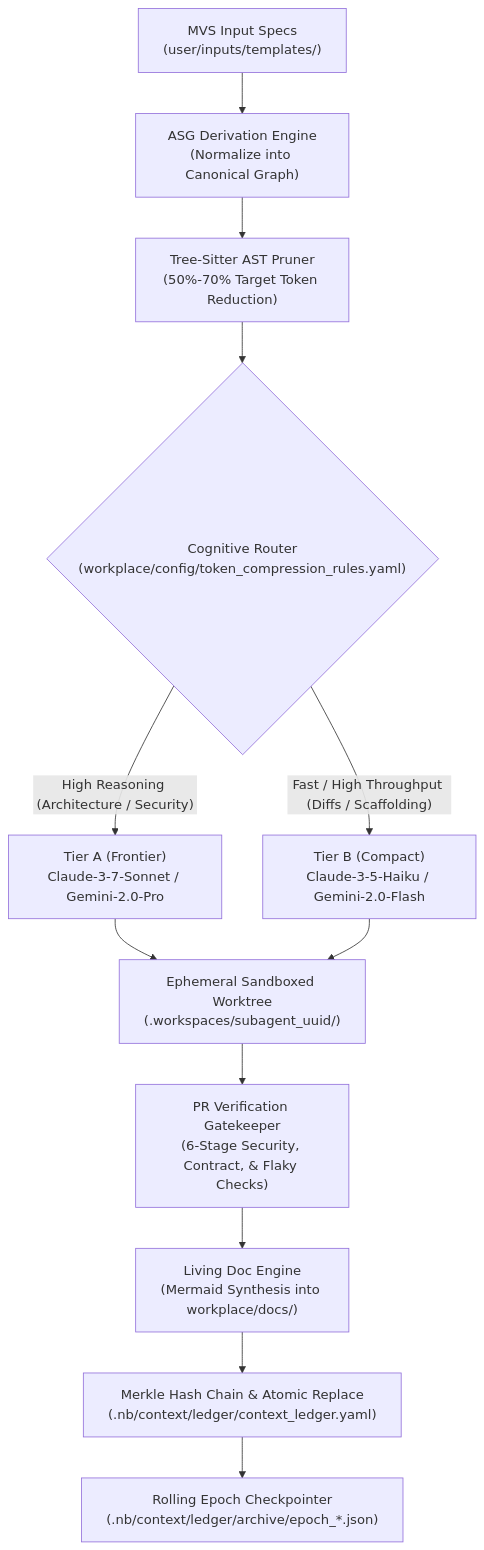
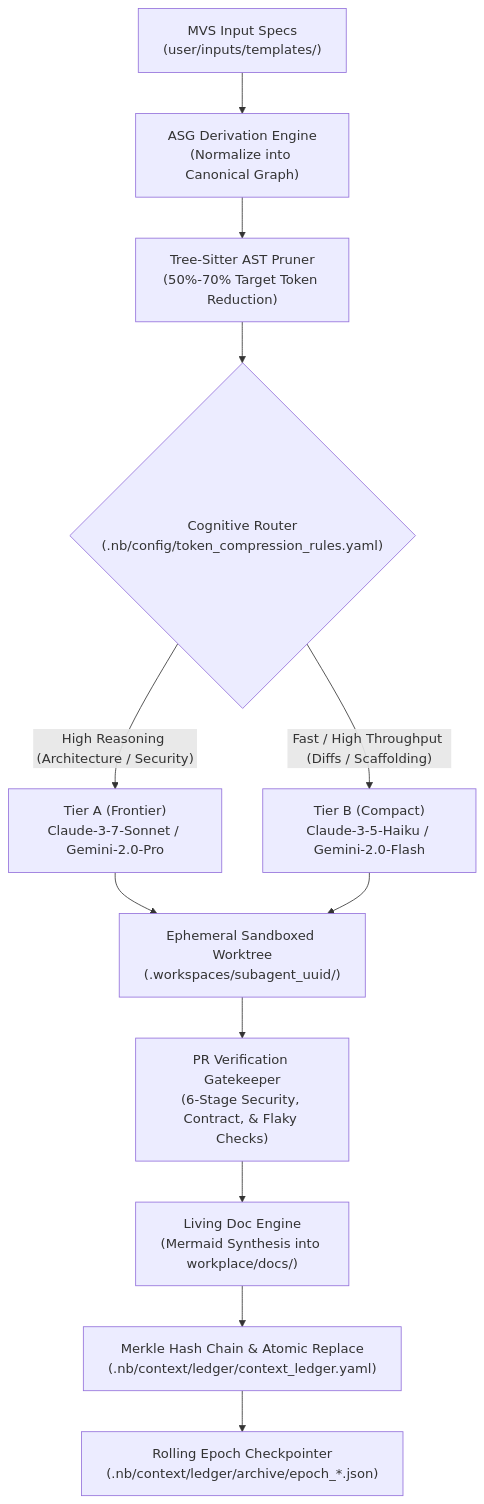
Before and after one commit to lakhwindersingh/nb_fairyfly: the first of 2 diagrams in workplace/docs/data_flow.md, drawn with Mermaid. The commit also changed 120 other files, not shown here.

````diff
--- a/workplace/docs/data_flow.md
+++ b/workplace/docs/data_flow.md
@@ -8,17 +8,17 @@
 ```mermaid
 flowchart TD
   MVS["MVS Input Specs<br/>(user/inputs/templates/)"] --> Derivation["ASG Derivation Engine<br/>(Normalize into Canonical Graph)"]
   Derivation --> ASTPruner["Tree-Sitter AST Pruner<br/>(50%-70% Target Token Reduction)"]
-  ASTPruner --> TierRouter{"Cognitive Router<br/>(workplace/config/token_compression_rules.yaml)"}
+  ASTPruner --> TierRouter{"Cognitive Router<br/>(.nb/config/token_compression_rules.yaml)"}
   
   TierRouter -->|"High Reasoning (Architecture / Security)"| TierA["Tier A (Frontier)<br/>Claude-3-7-Sonnet / Gemini-2.0-Pro"]
   TierRouter -->|"Fast / High Throughput (Diffs / Scaffolding)"| TierB["Tier B (Compact)<br/>Claude-3-5-Haiku / Gemini-2.0-Flash"]
 
   TierA --> Worktree["Ephemeral Sandboxed Worktree<br/>(.workspaces/subagent_uuid/)"]
   TierB --> Worktree
 
   Worktree --> Gatekeeper["PR Verification Gatekeeper<br/>(6-Stage Security, Contract, & Flaky Checks)"]
   Gatekeeper --> LivingDoc["Living Doc Engine<br/>(Mermaid Synthesis into workplace/docs/)"]
   LivingDoc --> MerkleSeal["Merkle Hash Chain & Atomic Replace<br/>(.nb/context/ledger/context_ledger.yaml)"]
   MerkleSeal --> EpochArchive["Rolling Epoch Checkpointer<br/>(.nb/context/ledger/archive/epoch_*.json)"]
 ```
````
